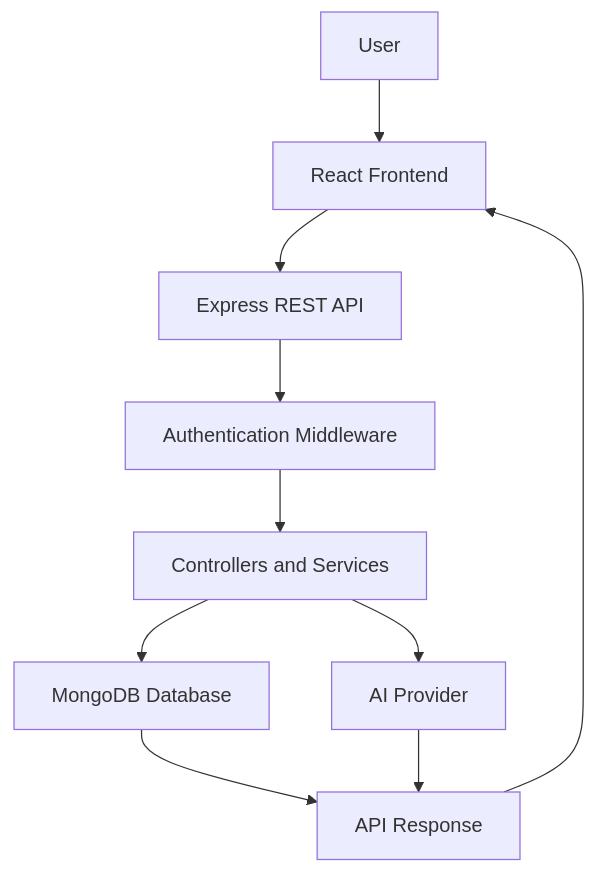
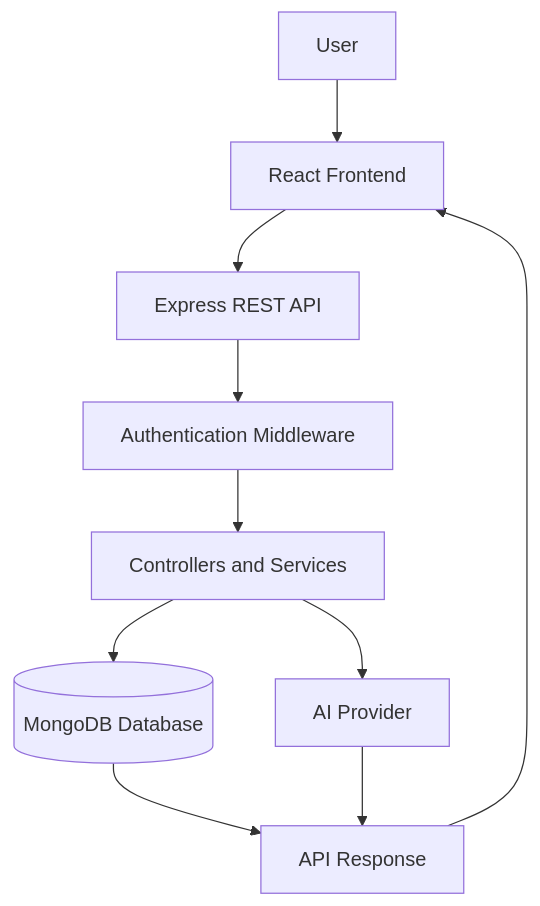
One commit to chanu2005-wq/AI_CRM_DASHBOARD changed the diagram in README.md. Above: the diagram before and after it, drawn with Mermaid. The commit also changed other lines of this file, not shown here.

````diff
--- a/README.md
+++ b/README.md
@@ -165,12 +148,12 @@
 ```mermaid
 flowchart TD
     A[User] --> B[React Frontend]
     B --> C[Express REST API]
     C --> D[Authentication Middleware]
     D --> E[Controllers and Services]
-    E --> F[MongoDB Database]
+    E --> F[(MongoDB Database)]
     E --> G[AI Provider]
     F --> H[API Response]
     G --> H
     H --> B
 ```
````
